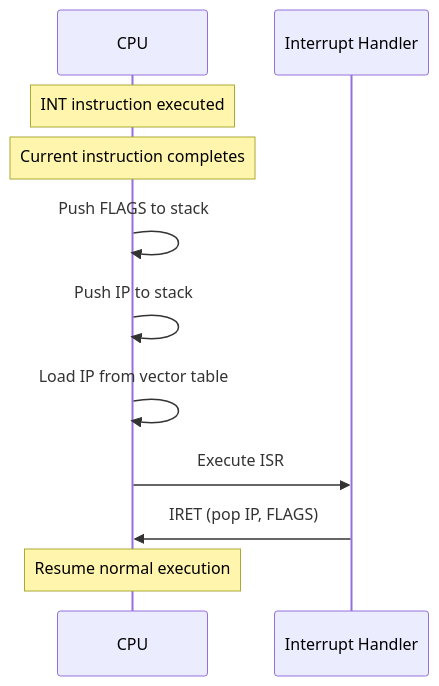
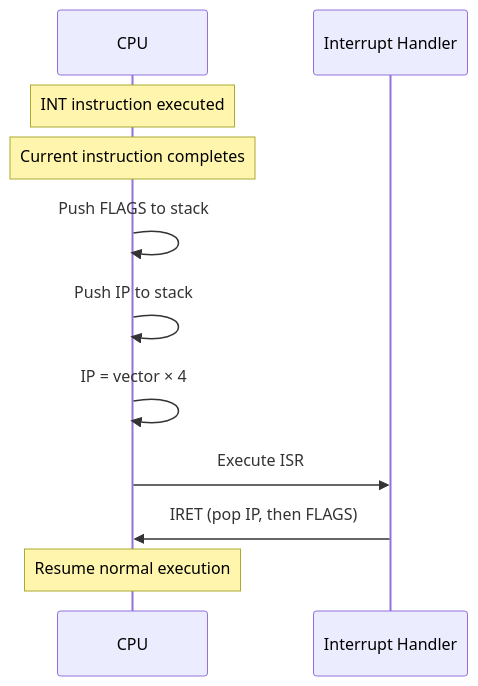
The tenth of 10 diagrams in docs/en/architecture/overview.md (MinecAnton209/NovumOS-16bit), drawn with Mermaid before and after one commit. The commit also changed other lines of this file and 20 other files, not shown here.

````diff
--- a/docs/en/architecture/overview.md
+++ b/docs/en/architecture/overview.md
@@ -463,14 +480,14 @@
 ```mermaid
 sequenceDiagram
     participant CPU as CPU
     participant ISR as Interrupt Handler
 
     Note over CPU: INT instruction executed
     Note over CPU: Current instruction completes
     CPU->>CPU: Push FLAGS to stack
     CPU->>CPU: Push IP to stack
-    CPU->>CPU: Load IP from vector table
+    CPU->>CPU: IP = vector × 4
     CPU->>ISR: Execute ISR
-    ISR->>CPU: IRET (pop IP, FLAGS)
+    ISR->>CPU: IRET (pop IP, then FLAGS)
     Note over CPU: Resume normal execution
 ```
````
